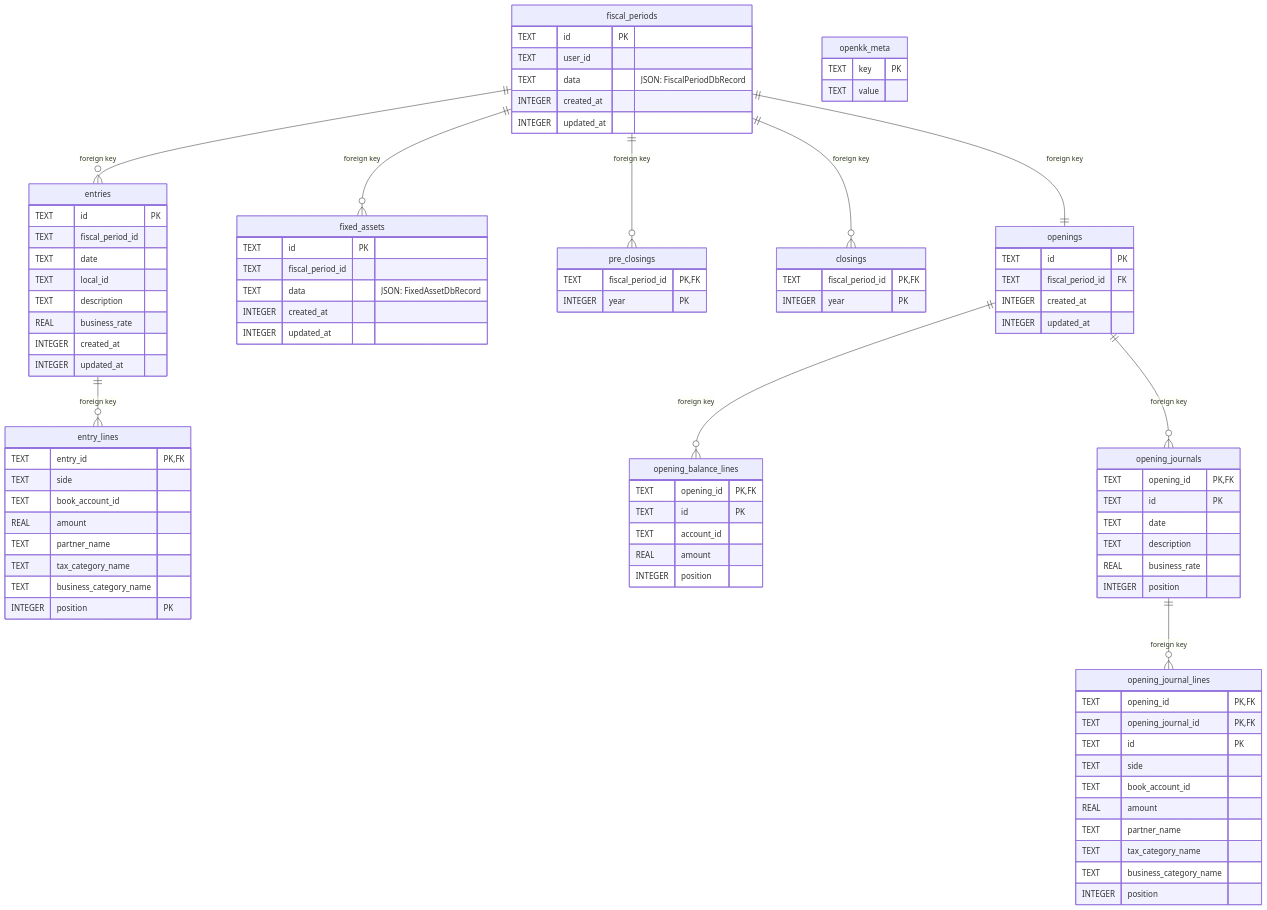
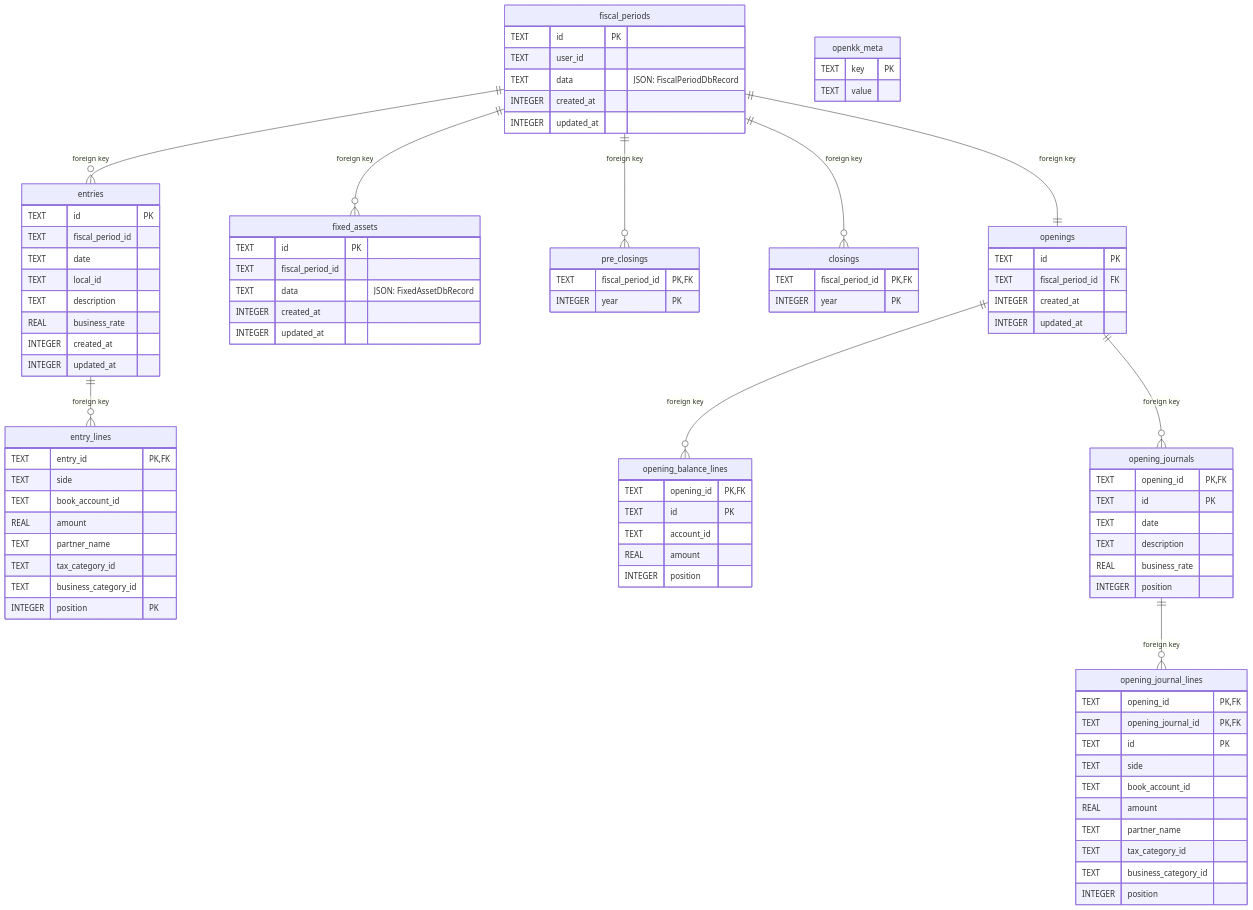
One commit to rubydogjp/openkk changed the diagram in docs/database-schema.md. Above: the diagram before and after it, drawn with Mermaid. The commit also changed 32 other files, not shown here.

```diff
--- a/docs/database-schema.md
+++ b/docs/database-schema.md
@@ -54,8 +54,8 @@
     TEXT book_account_id
     REAL amount
     TEXT partner_name
-    TEXT tax_category_name
-    TEXT business_category_name
+    TEXT tax_category_id
+    TEXT business_category_id
     INTEGER position
   }
   entries {
@@ -74,8 +74,8 @@
     TEXT book_account_id
     REAL amount
     TEXT partner_name
-    TEXT tax_category_name
-    TEXT business_category_name
+    TEXT tax_category_id
+    TEXT business_category_id
     INTEGER position PK
   }
   fixed_assets {
```
